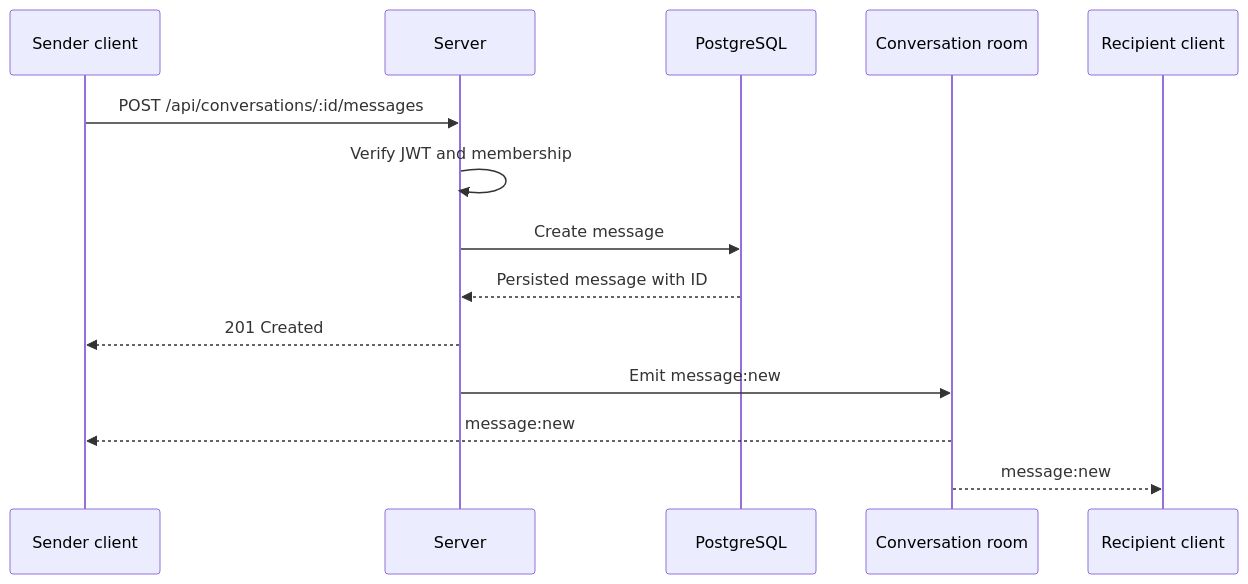
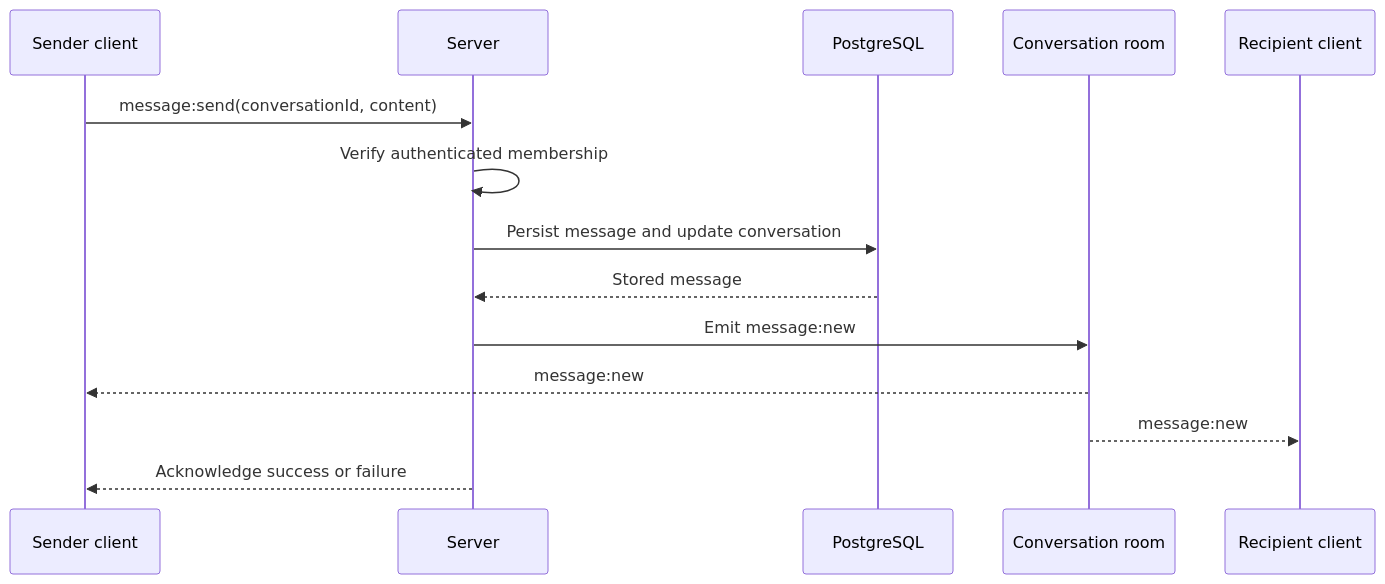
The second of 2 diagrams in docs/socket.md (ShreeshCS/Teco), drawn with Mermaid before and after one commit. The commit also changed other lines of this file and 41 other files, not shown here.

````diff
--- a/docs/socket.md
+++ b/docs/socket.md
@@ -46,17 +36,17 @@
 ```mermaid
 sequenceDiagram
     participant A as Sender client
     participant S as Server
     participant D as PostgreSQL
     participant R as Conversation room
     participant B as Recipient client
 
-    A->>S: POST /api/conversations/:id/messages
-    S->>S: Verify JWT and membership
-    S->>D: Create message
-    D-->>S: Persisted message with ID
-    S-->>A: 201 Created
+    A->>S: message:send(conversationId, content)
+    S->>S: Verify authenticated membership
+    S->>D: Persist message and update conversation
+    D-->>S: Stored message
     S->>R: Emit message:new
     R-->>A: message:new
     R-->>B: message:new
+    S-->>A: Acknowledge success or failure
 ```
````
